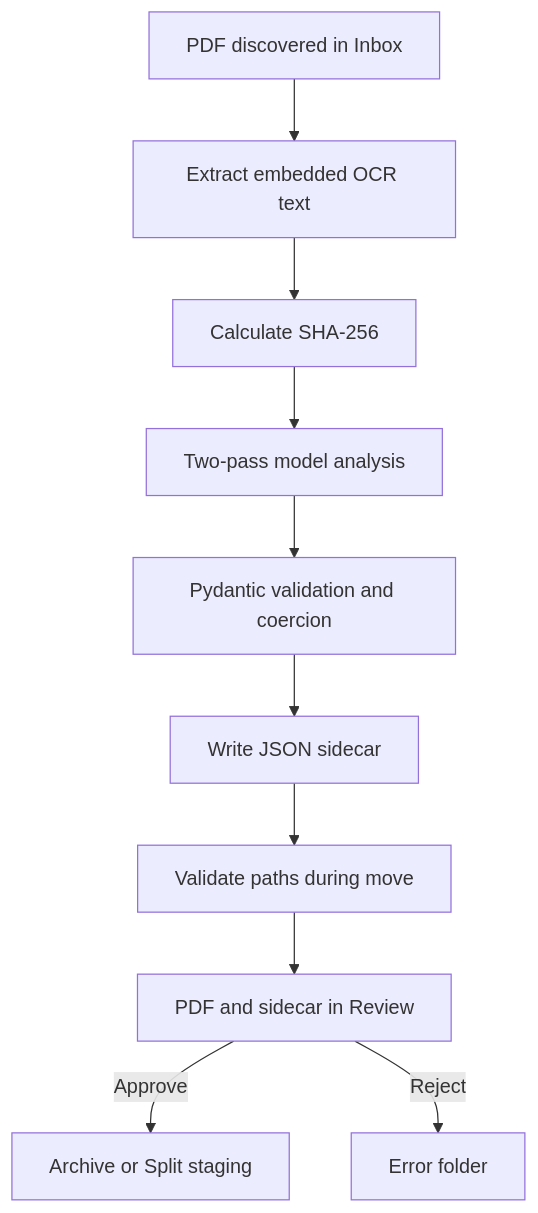
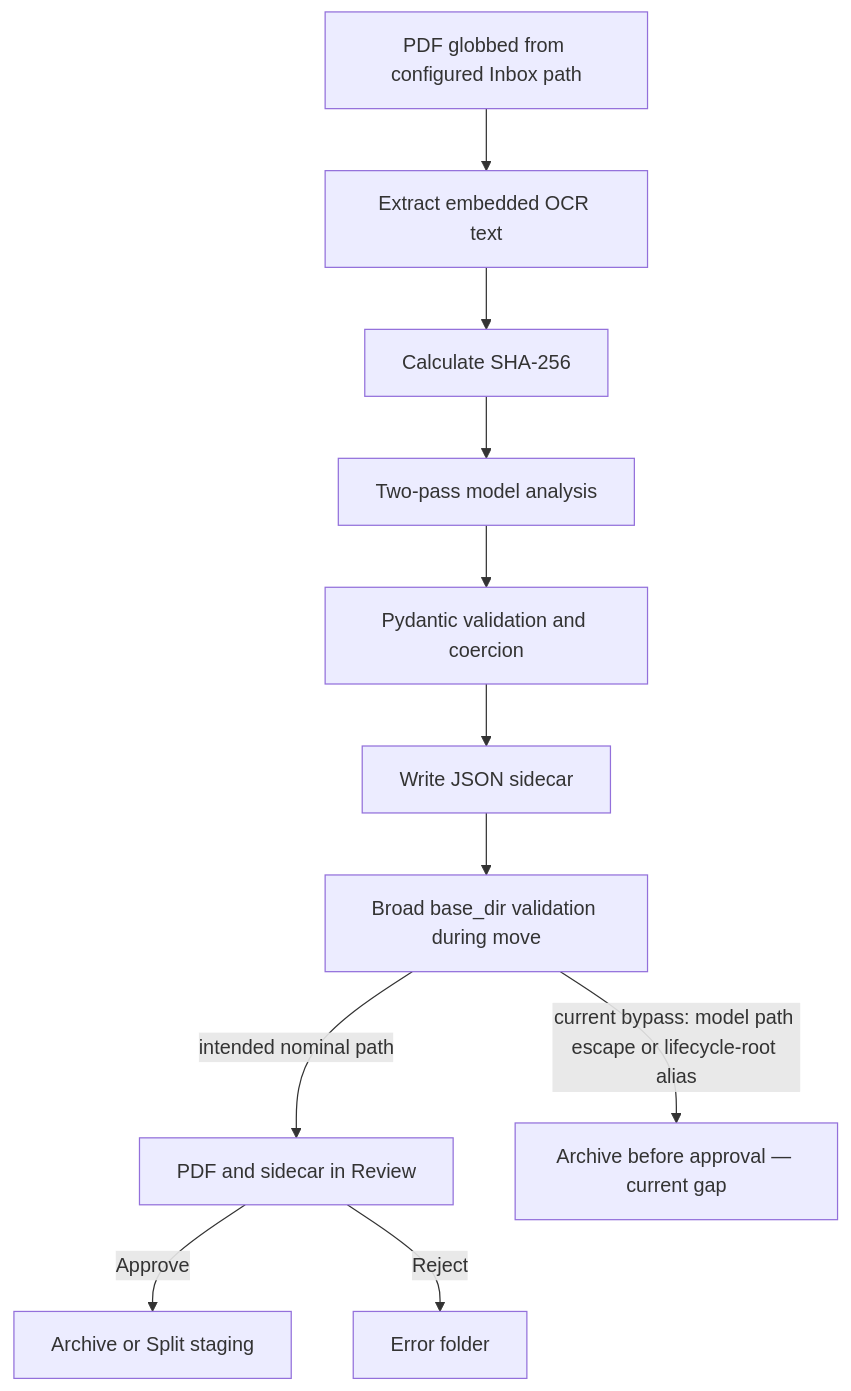
One commit to cgars/aktenfux changed the second of 4 diagrams in docs/architecture.md. Above: the diagram before and after it, drawn with Mermaid. The commit also changed other lines of this file and 6 other files, not shown here.

Commit message:
docs: complete full-diff current-state review

````diff
--- a/docs/architecture.md
+++ b/docs/architecture.md
@@ -67,12 +70,13 @@
 ```mermaid
 flowchart TD
-    IN["PDF discovered in Inbox"] --> TEXT["Extract embedded OCR text"]
+    IN["PDF globbed from configured Inbox path"] --> TEXT["Extract embedded OCR text"]
     TEXT --> HASH["Calculate SHA-256"]
     HASH --> LLM["Two-pass model analysis"]
     LLM --> MODEL["Pydantic validation and coercion"]
     MODEL --> SIDE["Write JSON sidecar"]
-    SIDE --> MOVE["Validate paths during move"]
-    MOVE --> REVIEW["PDF and sidecar in Review"]
+    SIDE --> MOVE["Broad base_dir validation during move"]
+    MOVE -->|"intended nominal path"| REVIEW["PDF and sidecar in Review"]
+    MOVE -->|"current bypass: model path escape or lifecycle-root alias"| BYPASS["Archive before approval — current gap"]
     REVIEW -->|"Approve"| FINAL["Archive or Split staging"]
     REVIEW -->|"Reject"| ERROR["Error folder"]
 ```
````
